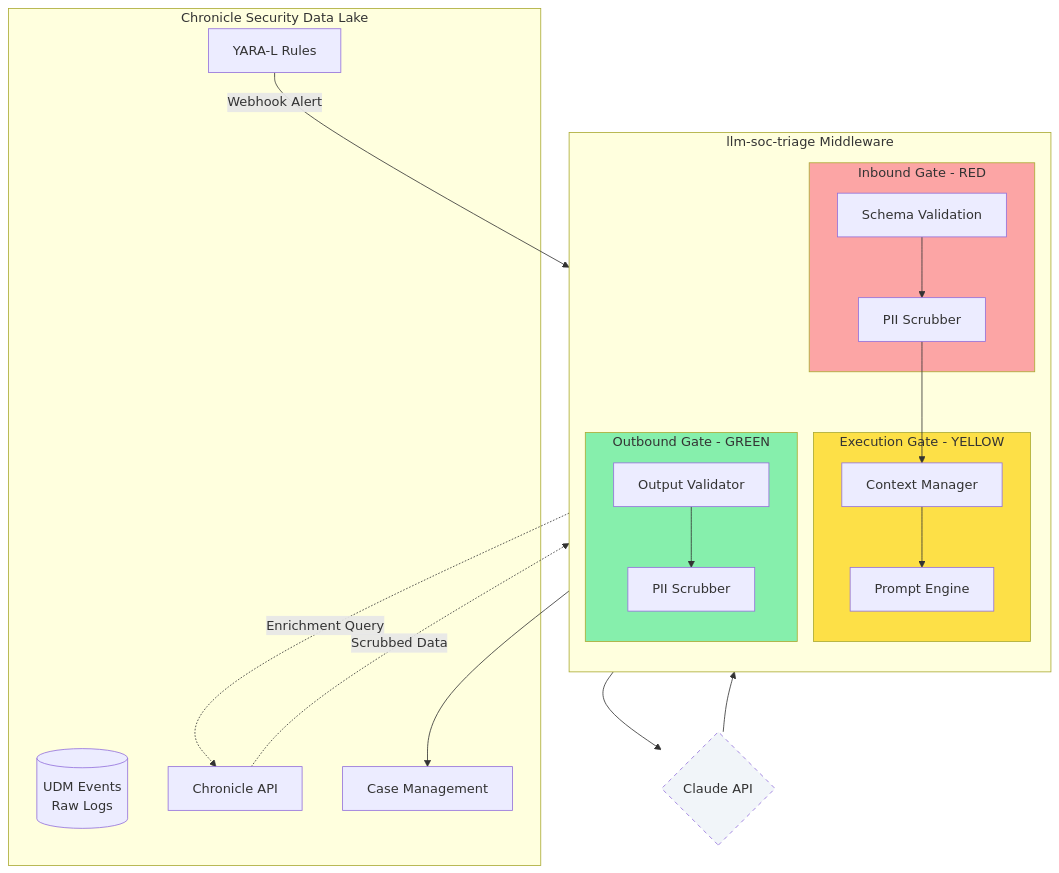
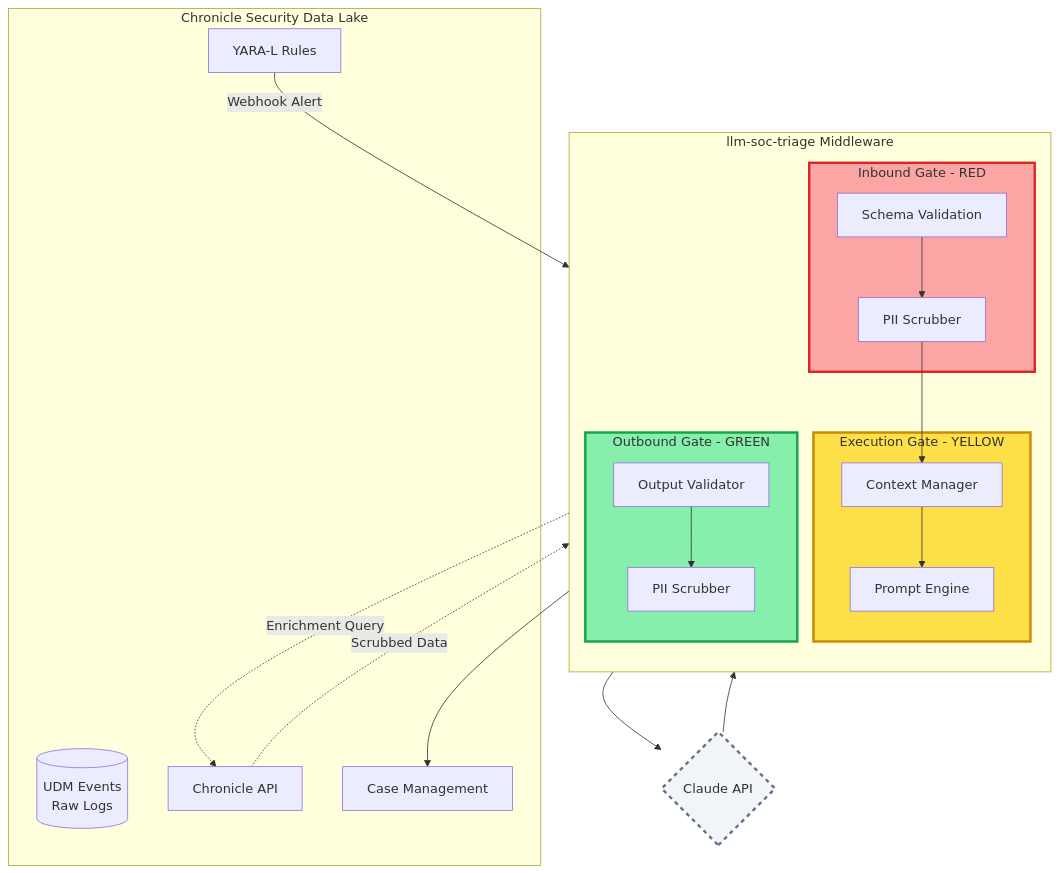
Before and after one commit to mikewolf256/llm-soc-triage: the diagram in docs/CHRONICLE_INTEGRATION.md, drawn with Mermaid. The commit also changed 1 other file, not shown here.

Commit message:
fix: Improve Chronicle diagram readability with proper Sandwich Model color scheme
Add stroke colors and black text to all diagram elements for better contrast:
- Inbound Gate (RED): Dark red border (#dc2626)
- Execution Gate (YELLOW): Gold border (#ca8a04)
- Outbound Gate (GREEN): Dark green border (#16a34a)
- LLM (External): Gray dashed border (#64748b)
- All text: Black (#000) for readability on colored backgrounds

Applied to both README.md and docs/CHRONICLE_INTEGRATION.md diagrams.

````diff
--- a/docs/CHRONICLE_INTEGRATION.md
+++ b/docs/CHRONICLE_INTEGRATION.md
@@ -18,44 +18,44 @@
 ```mermaid
 flowchart TB
     subgraph Chronicle [Chronicle Security Data Lake]
         UDM[(UDM Events<br/>Raw Logs)]
         YARA[YARA-L Rules]
         API[Chronicle API]
         Cases[Case Management]
     end
     
     subgraph Middleware [llm-soc-triage Middleware]
         direction TB
         
         subgraph InboundGate [Inbound Gate - RED]
             Val[Schema Validation]
             Scrub1[PII Scrubber]
         end
         
         subgraph ExecutionGate [Execution Gate - YELLOW]
             Ctx[Context Manager]
             Prompt[Prompt Engine]
         end
         
         subgraph OutboundGate [Outbound Gate - GREEN]
             Val2[Output Validator]
             Scrub2[PII Scrubber]
         end
     end
     
     YARA -->|Webhook Alert| Val
     Val --> Scrub1
     Scrub1 --> Ctx
     Ctx -.->|Enrichment Query| API
     API -.->|Scrubbed Data| Ctx
     Ctx --> Prompt
     Prompt --> LLM{Claude API}
     LLM --> Val2
     Val2 --> Scrub2
     Scrub2 --> Cases
     
-    style InboundGate fill:#fca5a5
-    style ExecutionGate fill:#fde047
-    style OutboundGate fill:#86efac
-    style LLM fill:#f1f5f9,stroke-dasharray:5 5
+    style InboundGate fill:#fca5a5,stroke:#dc2626,stroke-width:3px
+    style ExecutionGate fill:#fde047,stroke:#ca8a04,stroke-width:3px
+    style OutboundGate fill:#86efac,stroke:#16a34a,stroke-width:3px
+    style LLM fill:#f1f5f9,stroke:#64748b,stroke-width:3px,stroke-dasharray:5 5
 ```
````
